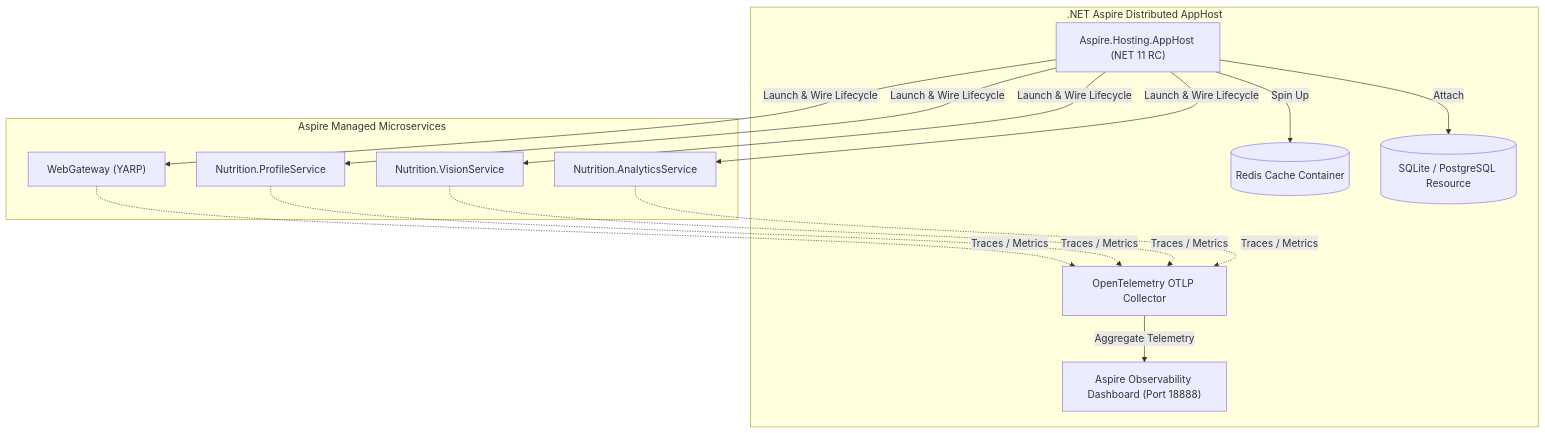
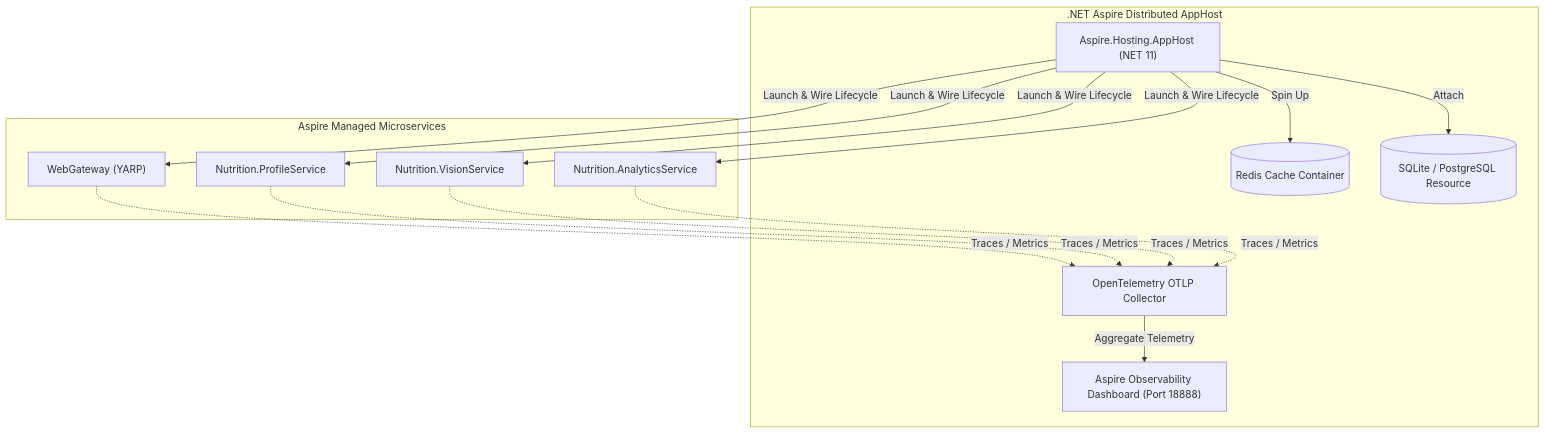
One commit to nikunjbanker/diet-dost changed the sixth of 6 diagrams in .agents/skills/indian-diet-calorie-tracker/SKILL.md. Above: the diagram before and after it, drawn with Mermaid. The commit also changed other lines of this file and 15 other files, not shown here.

````diff
--- a/.agents/skills/indian-diet-calorie-tracker/SKILL.md
+++ b/.agents/skills/indian-diet-calorie-tracker/SKILL.md
@@ -1211,30 +1211,30 @@
 ```mermaid
 graph TD
     subgraph Aspire_AppHost [".NET Aspire Distributed AppHost"]
-        Host["Aspire.Hosting.AppHost (NET 11 RC)"]
+        Host["Aspire.Hosting.AppHost (NET 11)"]
         OTel["OpenTelemetry OTLP Collector"]
         Dash["Aspire Observability Dashboard (Port 18888)"]
         RedisRes[("Redis Cache Container")]
         DbRes[("SQLite / PostgreSQL Resource")]
     end
 
     subgraph Microservice_Processes ["Aspire Managed Microservices"]
         GW["WebGateway (YARP)"]
         PS["Nutrition.ProfileService"]
         VS["Nutrition.VisionService"]
         AS["Nutrition.AnalyticsService"]
     end
 
     Host -->|Launch & Wire Lifecycle| GW
     Host -->|Launch & Wire Lifecycle| PS
     Host -->|Launch & Wire Lifecycle| VS
     Host -->|Launch & Wire Lifecycle| AS
     Host -->|Spin Up| RedisRes
     Host -->|Attach| DbRes
 
     GW -.->|Traces / Metrics| OTel
     PS -.->|Traces / Metrics| OTel
     VS -.->|Traces / Metrics| OTel
     AS -.->|Traces / Metrics| OTel
     OTel -->|Aggregate Telemetry| Dash
 ```
````
